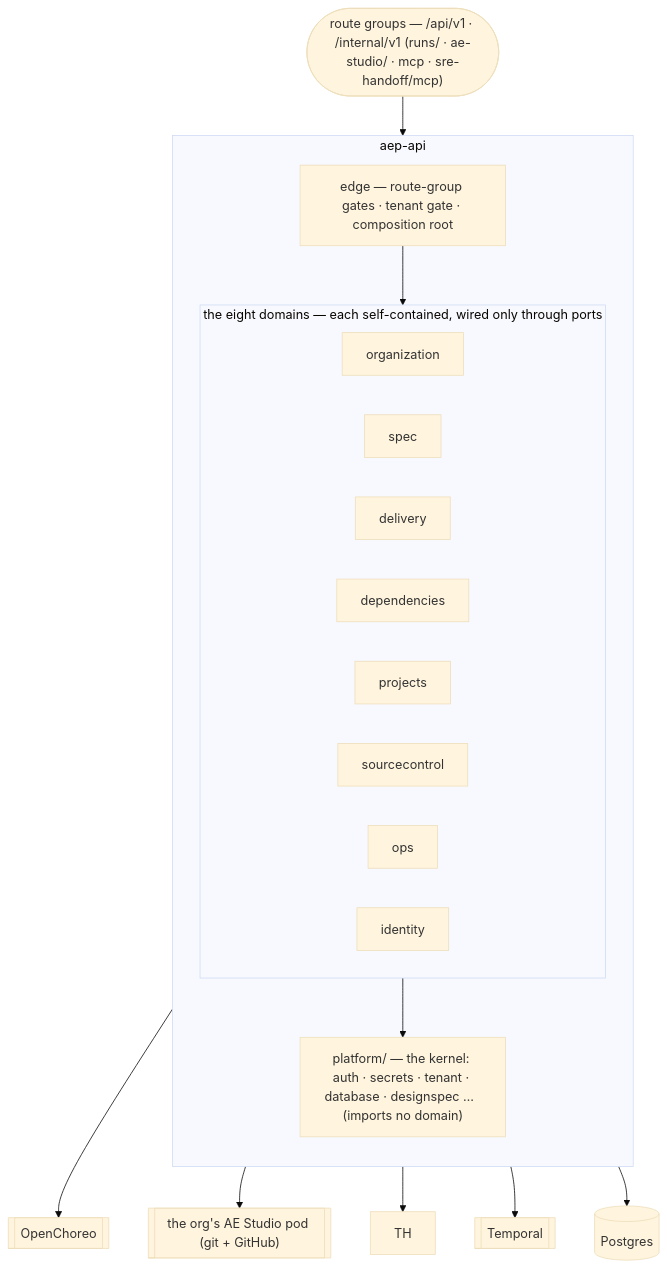
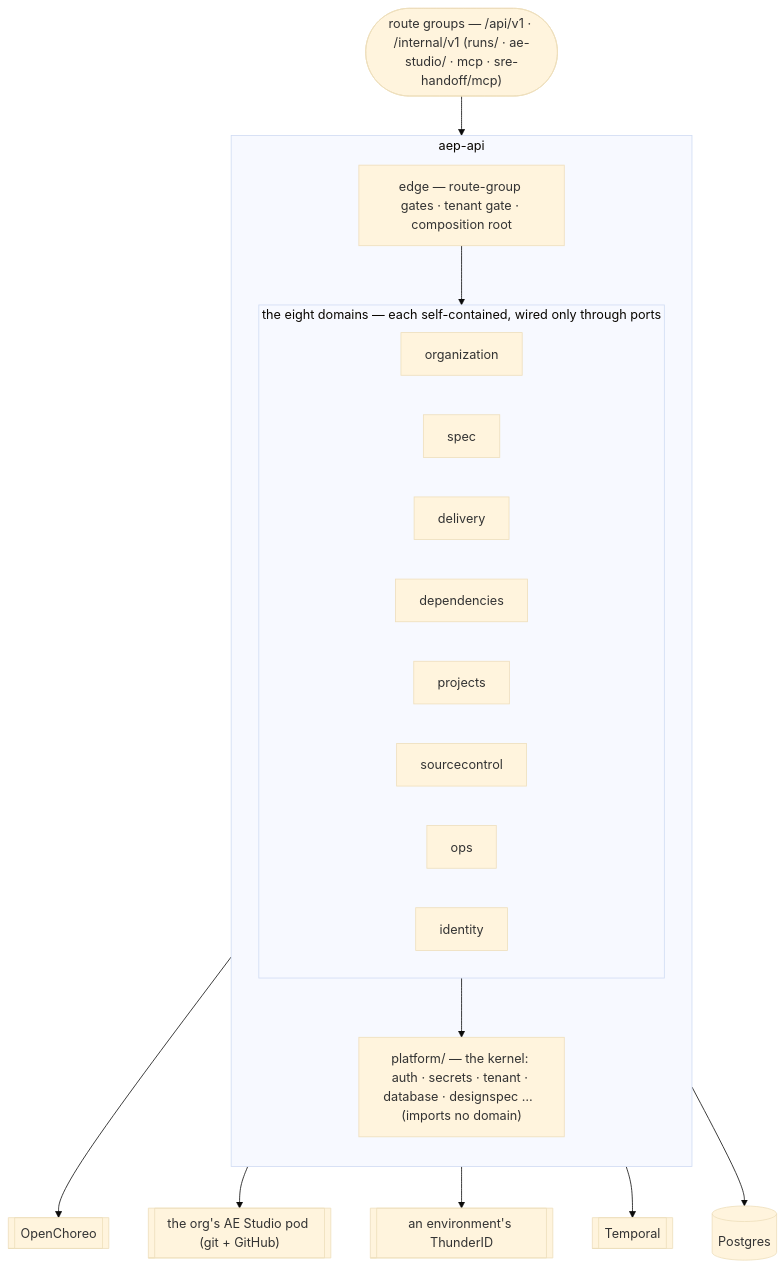
The diagram in services/aep-api/README.md (wso2/labs-agentic-engineer), drawn with Mermaid (base theme) before and after one commit. The commit also changed 11 other files, not shown here.

````diff
--- a/services/aep-api/README.md
+++ b/services/aep-api/README.md
@@ -16,28 +16,28 @@
 ```mermaid
 flowchart TB
   SURF(["route groups — /api/v1 · /internal/v1 (runs/ · ae-studio/ · mcp · sre-handoff/mcp)"])
   subgraph AEPAPI["aep-api"]
     direction TB
     EDGE["edge — route-group gates · tenant gate · composition root"]
     subgraph DOMAINS["the eight domains — each self-contained, wired only through ports"]
       direction LR
       ORG["organization"]
       SPEC["spec"]
       DEL["delivery"]
       DEP["dependencies"]
       PROJ["projects"]
       SC["sourcecontrol"]
       OPS["ops"]
       IDN["identity"]
     end
     PLAT["platform/ — the kernel: auth · secrets · tenant · database · designspec …  (imports no domain)"]
     EDGE --> DOMAINS
     DOMAINS --> PLAT
   end
   SURF --> EDGE
   DOMAINS --> PG[("Postgres")]
   DEP --> OC[[OpenChoreo]]
   SC --> AES[["the org's AE Studio pod (git + GitHub)"]]
-  IDN --> TH
+  IDN --> TH[["an environment's ThunderID"]]
   DEL --> TMP[[Temporal]]
 ```
````
